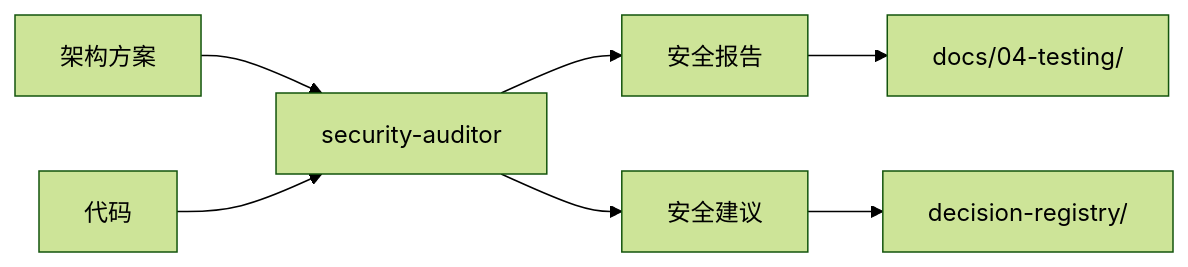
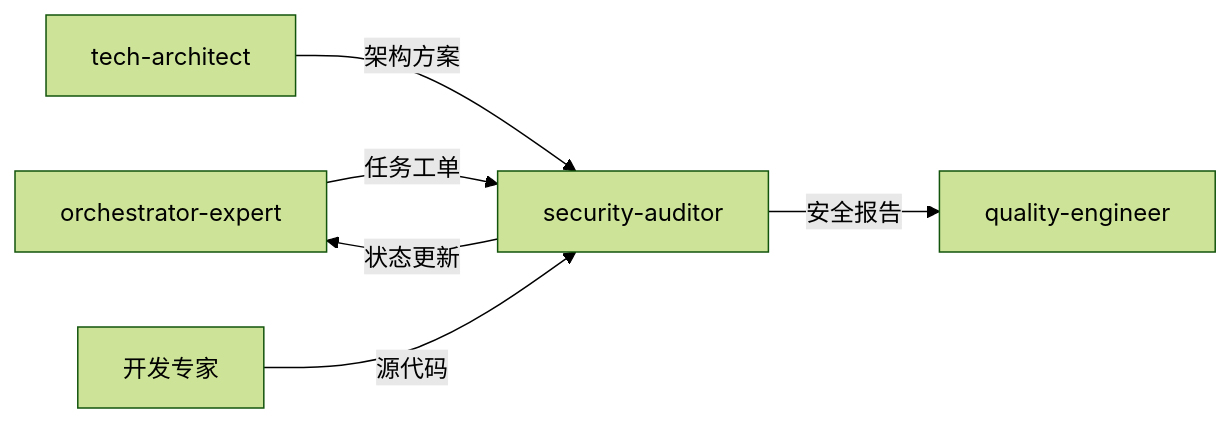
Before and after one commit to Tooooommy/Trae-Workflow: the diagram in skills/security-auditor/SKILL.md, drawn with Mermaid (forest theme). The commit also changed other lines of this file, not shown here.

First line of the commit message:
refactor: optimize security-auditor for orchestrator-expert workflow

````diff
--- a/skills/security-auditor/SKILL.md
+++ b/skills/security-auditor/SKILL.md
@@ -301,9 +79,8 @@
 ```mermaid
 flowchart LR
-    A[架构方案] --> B[security-auditor]
-    C[代码] --> B
-    B --> D[安全报告]
-    B --> E[安全建议]
-    D --> F[docs/04-testing/]
-    E --> G[decision-registry/]
+    A[orchestrator-expert] -->|任务工单| B[security-auditor]
+    C[tech-architect] -->|架构方案| B
+    D[开发专家] -->|源代码| B
+    B -->|安全报告| E[quality-engineer]
+    B -->|状态更新| A
 ```
````
